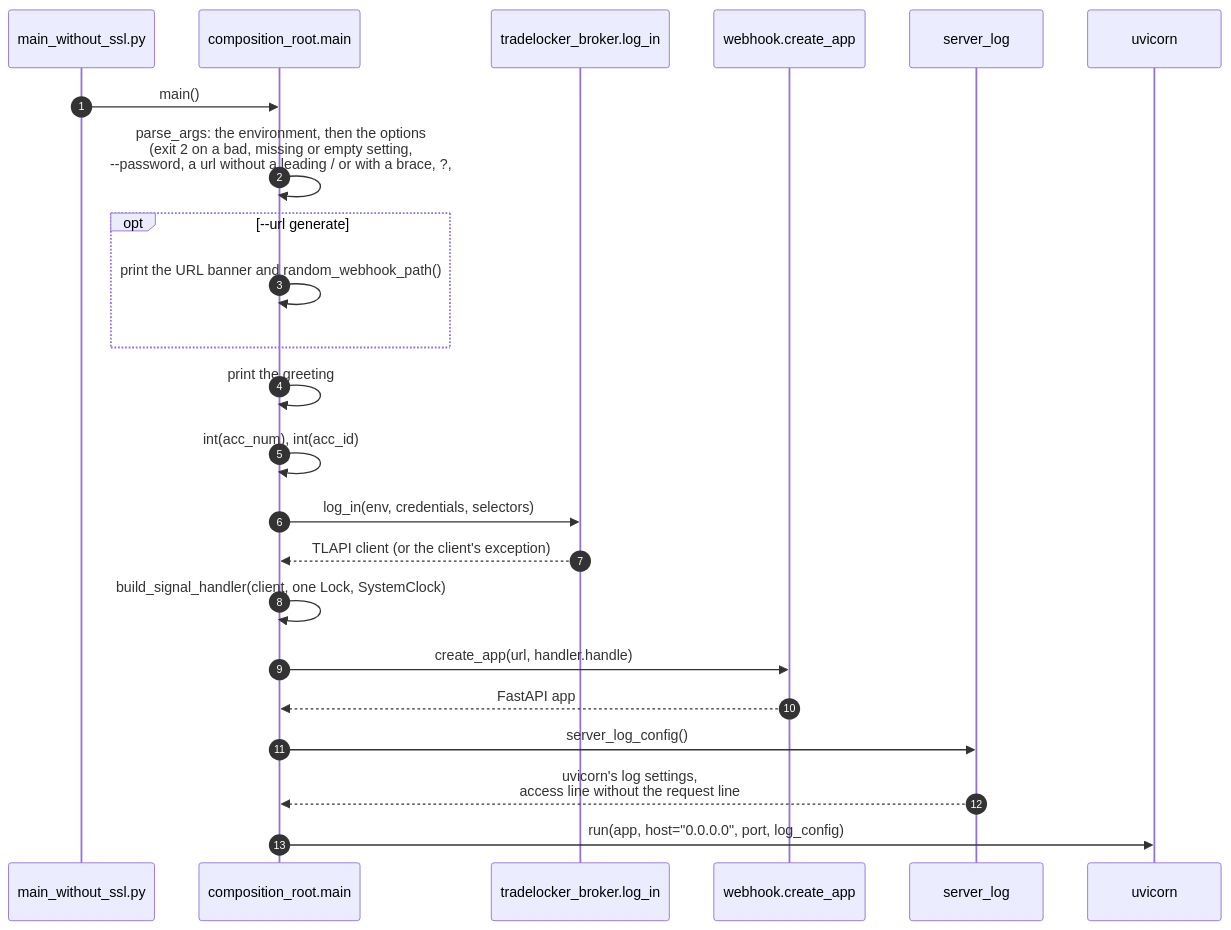
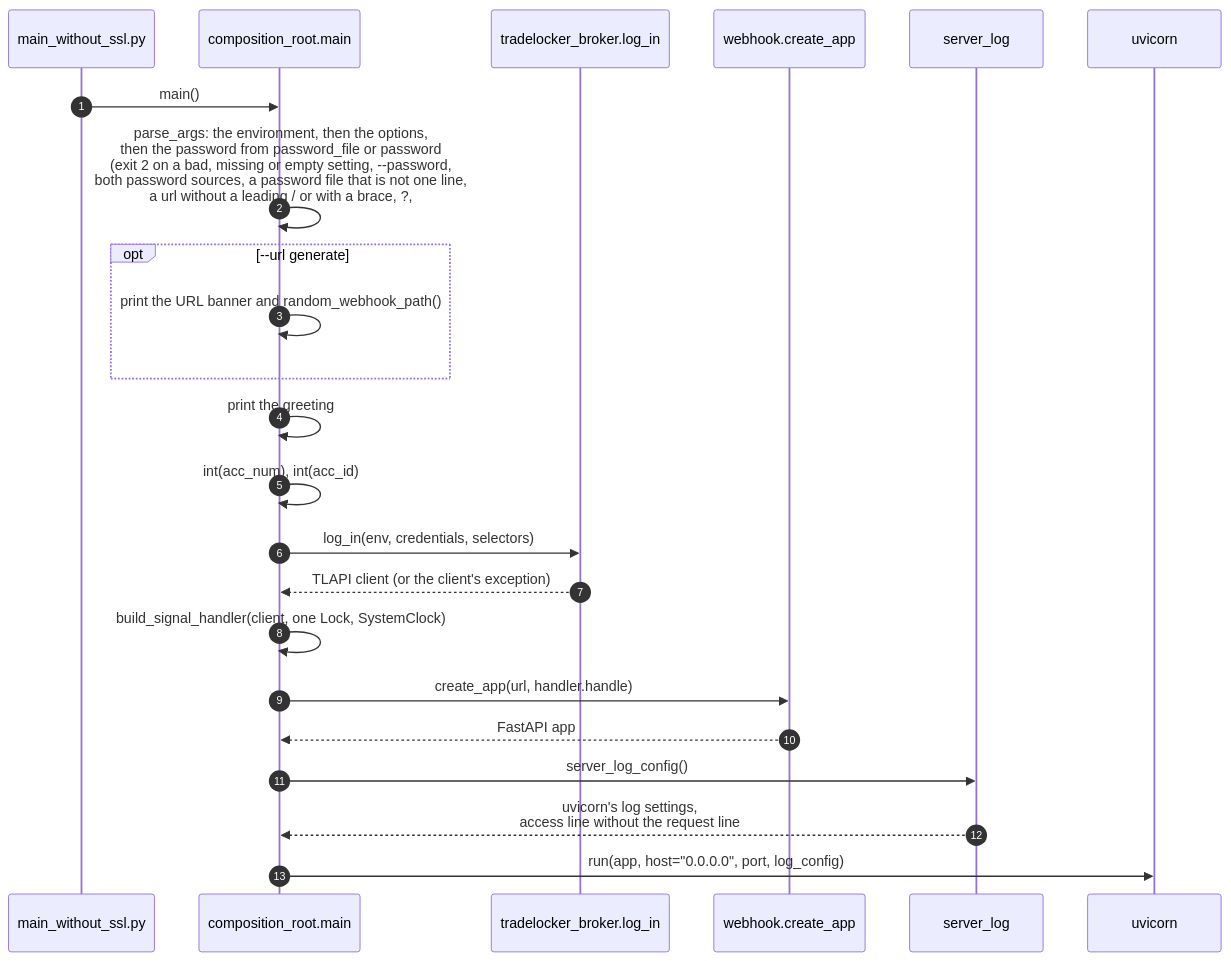
Before and after one commit to Akinzou/TradeLockerBot: the second of 6 diagrams in docs/architecture.md, drawn with Mermaid. The commit also changed other lines of this file and 4 other files, not shown here.

First line of the commit message:
docs: ADR 0024 and the docs for password_file (roadmap step 6l)

````diff
--- a/docs/architecture.md
+++ b/docs/architecture.md
@@ -97,25 +97,25 @@
 ```mermaid
 sequenceDiagram
     autonumber
     participant EP as main_without_ssl.py
     participant CR as composition_root.main
     participant TB as tradelocker_broker.log_in
     participant WH as webhook.create_app
     participant SL as server_log
     participant U as uvicorn
     EP->>CR: main()
-    CR->>CR: parse_args: the environment, then the options<br/>(exit 2 on a bad, missing or empty setting,<br/>--password, a url without a leading / or with a brace, ?, # or %)
+    CR->>CR: parse_args: the environment, then the options,<br/>then the password from password_file or password<br/>(exit 2 on a bad, missing or empty setting, --password,<br/>both password sources, a password file that is not one line,<br/>a url without a leading / or with a brace, ?, # or %)
     opt --url generate
         CR->>CR: print the URL banner and random_webhook_path()
     end
     CR->>CR: print the greeting
     CR->>CR: int(acc_num), int(acc_id)
     CR->>TB: log_in(env, credentials, selectors)
     TB-->>CR: TLAPI client (or the client's exception)
     CR->>CR: build_signal_handler(client, one Lock, SystemClock)
     CR->>WH: create_app(url, handler.handle)
     WH-->>CR: FastAPI app
     CR->>SL: server_log_config()
     SL-->>CR: uvicorn's log settings,<br/>access line without the request line
     CR->>U: run(app, host="0.0.0.0", port, log_config)
 ```
````
